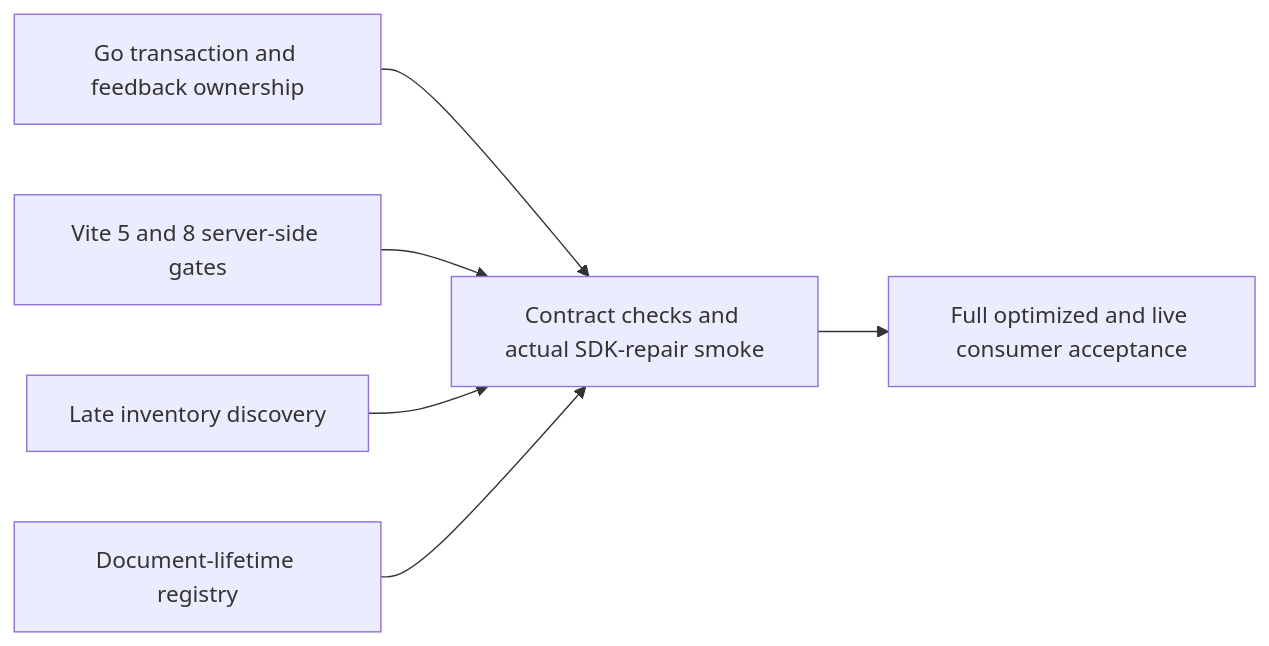
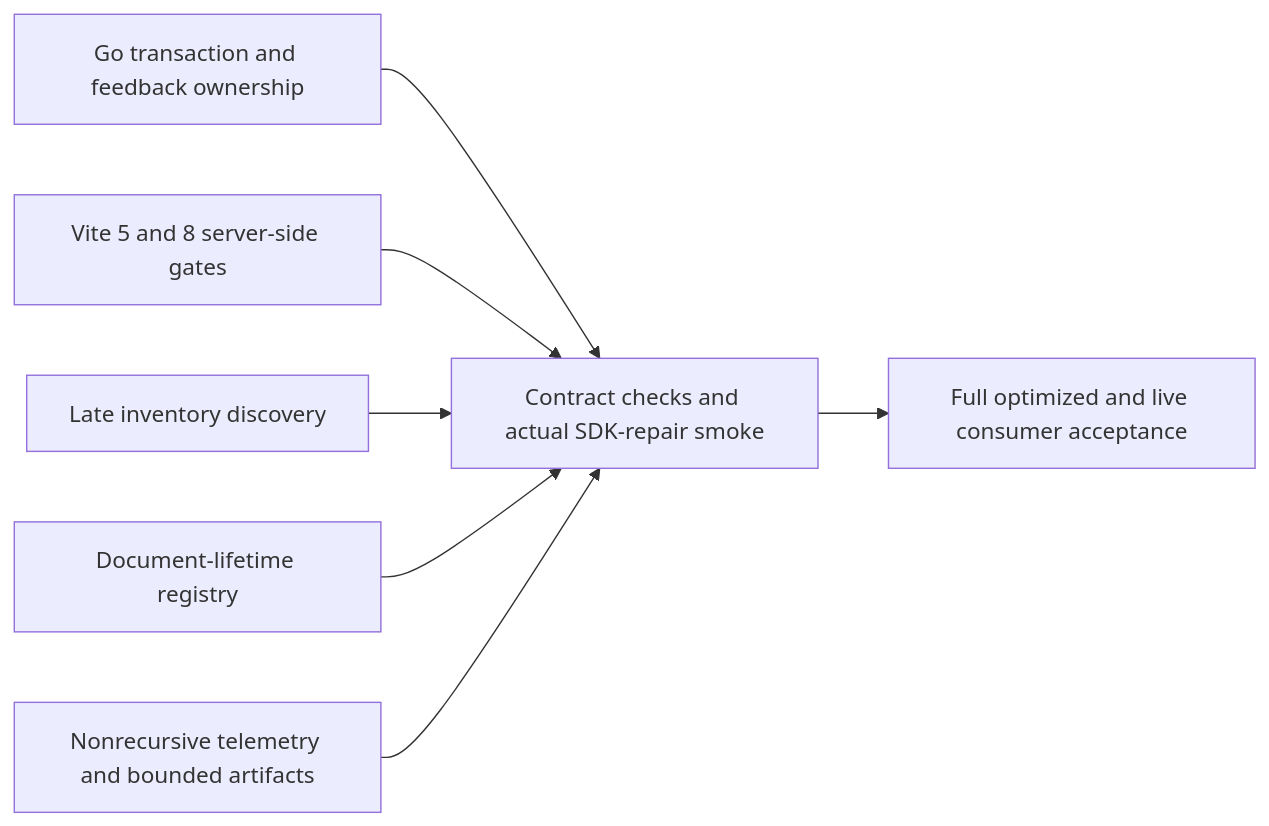
The second of 2 diagrams in docs/development-workspaces-roadmap.md (omniviewdev/omniview), drawn with Mermaid before and after one commit. The commit also changed other lines of this file and 5 other files, not shown here.

````diff
--- a/docs/development-workspaces-roadmap.md
+++ b/docs/development-workspaces-roadmap.md
@@ -141,8 +151,9 @@
 ```mermaid
 flowchart LR
   G[Go transaction and feedback ownership] --> B[Contract checks and actual SDK-repair smoke]
   V[Vite 5 and 8 server-side gates] --> B
   I[Late inventory discovery] --> B
   R[Document-lifetime registry] --> B
+  T[Nonrecursive telemetry and bounded artifacts] --> B
   B --> C[Full optimized and live consumer acceptance]
 ```
````
